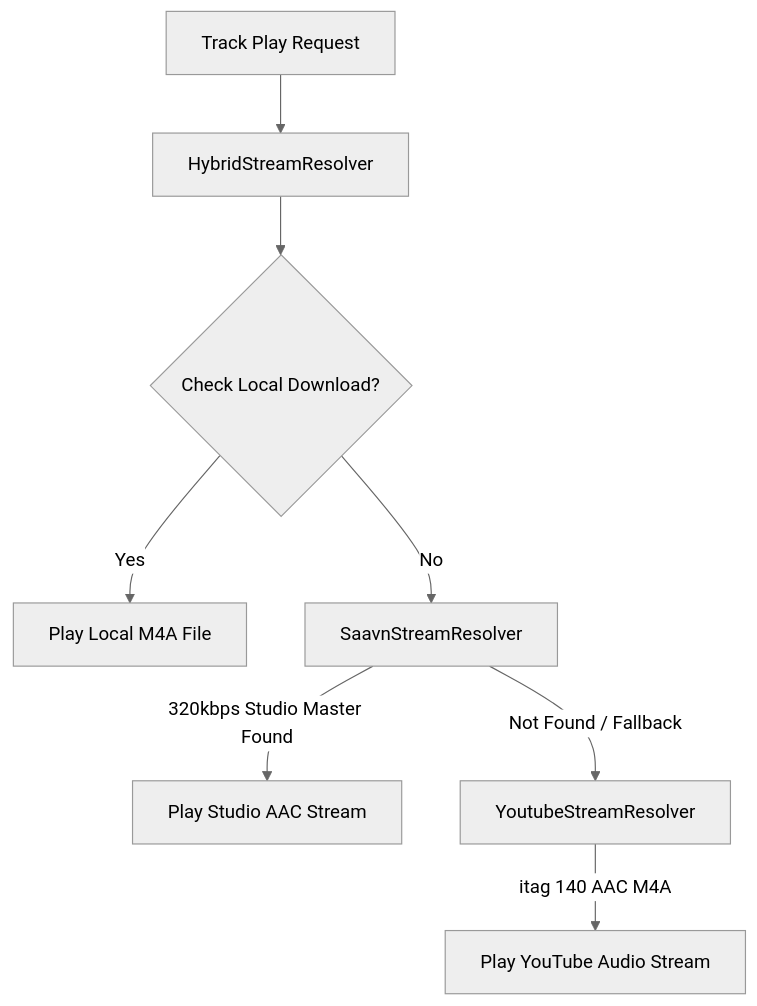
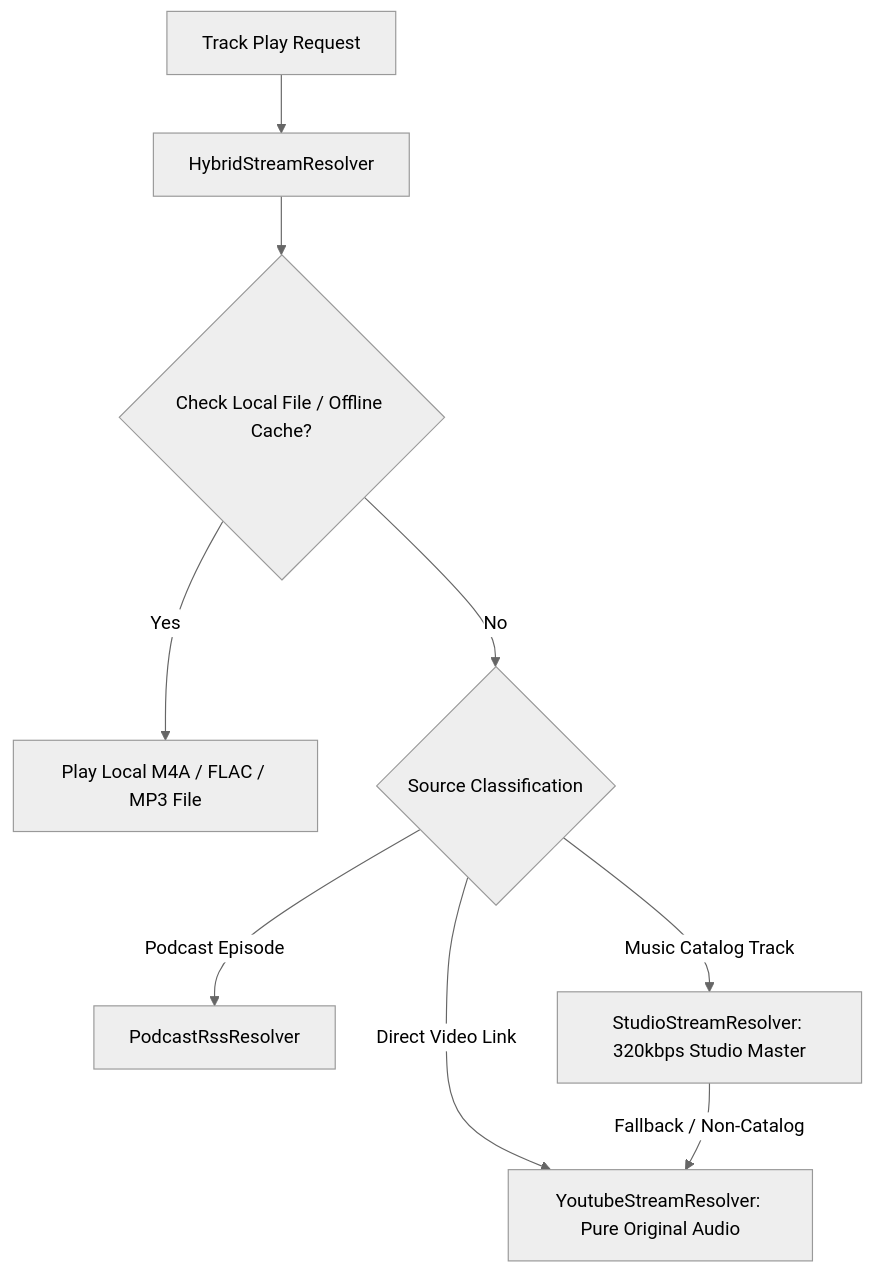
Before and after one commit to Sarthak-Cyb3r/softify: the diagram in README.md, drawn with Mermaid (neutral theme). The commit also changed other lines of this file and 50 other files, not shown here.

````diff
--- a/README.md
+++ b/README.md
@@ -295,10 +307,11 @@
 ```mermaid
 flowchart TD
     A[Track Play Request] --> B[HybridStreamResolver]
-    B --> C{Check Local Download?}
-    C -- Yes --> D[Play Local M4A File]
-    C -- No --> E[SaavnStreamResolver]
-    E -- 320kbps Studio Master Found --> F[Play Studio AAC Stream]
-    E -- Not Found / Fallback --> G[YoutubeStreamResolver]
-    G -- itag 140 AAC M4A --> H[Play YouTube Audio Stream]
+    B --> C{Check Local File / Offline Cache?}
+    C -- Yes --> D[Play Local M4A / FLAC / MP3 File]
+    C -- No --> E{Source Classification}
+    E -- Direct Video Link --> F[YoutubeStreamResolver: Pure Original Audio]
+    E -- Podcast Episode --> G[PodcastRssResolver]
+    E -- Music Catalog Track --> H[StudioStreamResolver: 320kbps Studio Master]
+    H -- Fallback / Non-Catalog --> F
 ```
````
